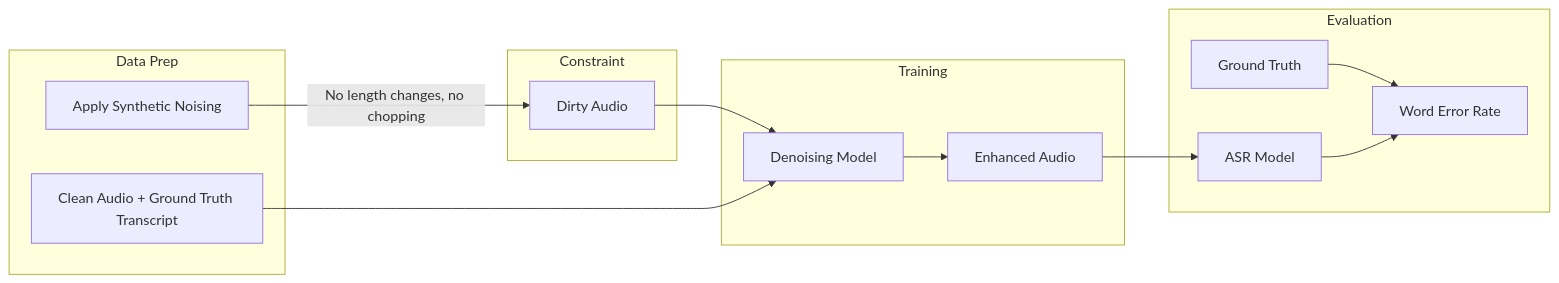
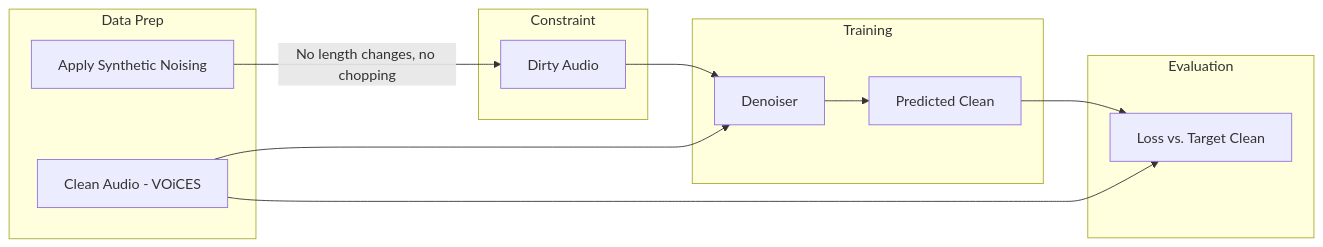
One commit to aniruddhdoki/relay-walkie-talkie-transcription changed the second of 2 diagrams in .cursor/plans/relay_walkie-talkie_denoising_ece9032e.plan.md. Above: the diagram before and after it, drawn with Mermaid. The commit also changed other lines of this file and 1 other file, not shown here.

````diff
--- a/.cursor/plans/relay_walkie-talkie_denoising_ece9032e.plan.md
+++ b/.cursor/plans/relay_walkie-talkie_denoising_ece9032e.plan.md
@@ -71,23 +87,22 @@
 ```mermaid
 flowchart LR
     subgraph data [Data Prep]
-        CleanData[Clean Audio + Ground Truth Transcript]
+        CleanData[Clean Audio - VOiCES]
         DistortData[Apply Synthetic Noising]
     end
     
     subgraph constraint [Constraint]
         DistortData -->|"No length changes, no chopping"| NoisyData[Dirty Audio]
     end
     
     subgraph train [Training]
-        NoisyData --> Model[Denoising Model]
+        NoisyData --> Model[Denoiser]
         CleanData --> Model
-        Model --> Enhanced[Enhanced Audio]
+        Model --> PredClean[Predicted Clean]
     end
     
     subgraph eval [Evaluation]
-        Enhanced --> ASR[ASR Model]
-        GroundTruth[Ground Truth] --> WER[Word Error Rate]
-        ASR --> WER
+        PredClean --> Loss[Loss vs. Target Clean]
+        CleanData --> Loss
     end
 ```
````
